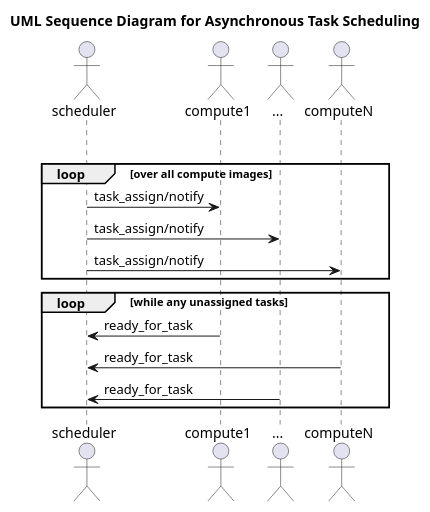
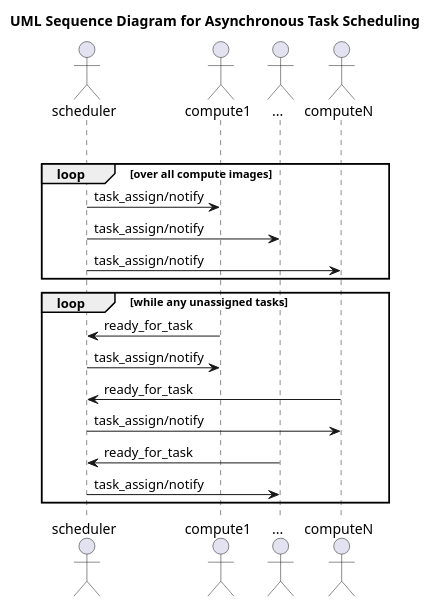
One commit to sourceryinstitute/cmake-superproject-example changed the diagram in doc/uml-sequence-diagram.puml. Above: the diagram before and after it, drawn with PlantUML.

Commit message:
doc(UML): finish sequence diagram

```diff
--- a/doc/uml-sequence-diagram.puml
+++ b/doc/uml-sequence-diagram.puml
@@ -1,32 +1,37 @@
 @startuml
 Title UML Sequence Diagram for Asynchronous Task Scheduling
 
 Actor scheduler
 Actor compute1
 Actor ...
 Actor computeN
 
 par
 
 loop over all compute images
 scheduler -> compute1 : task_assign/notify
 scheduler -> ... : task_assign/notify
 scheduler -> computeN : task_assign/notify
 end
 
 loop while any unassigned tasks
 compute1 -> scheduler : ready_for_task
+scheduler -> compute1 : task_assign/notify
 computeN -> scheduler : ready_for_task
+scheduler -> computeN : task_assign/notify
+
 ... -> scheduler : ready_for_task
+scheduler -> ... : task_assign/notify
+
 
 
 
 end
 
 
 
 
 
 
 
 @enduml
```
